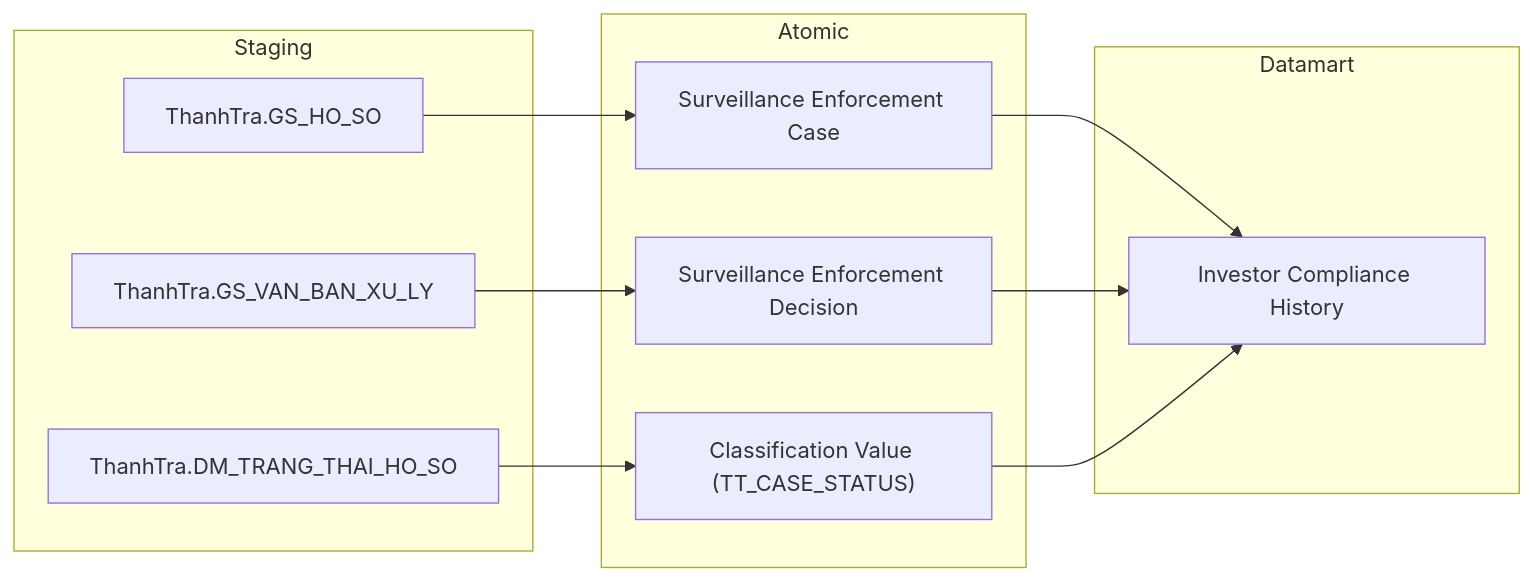
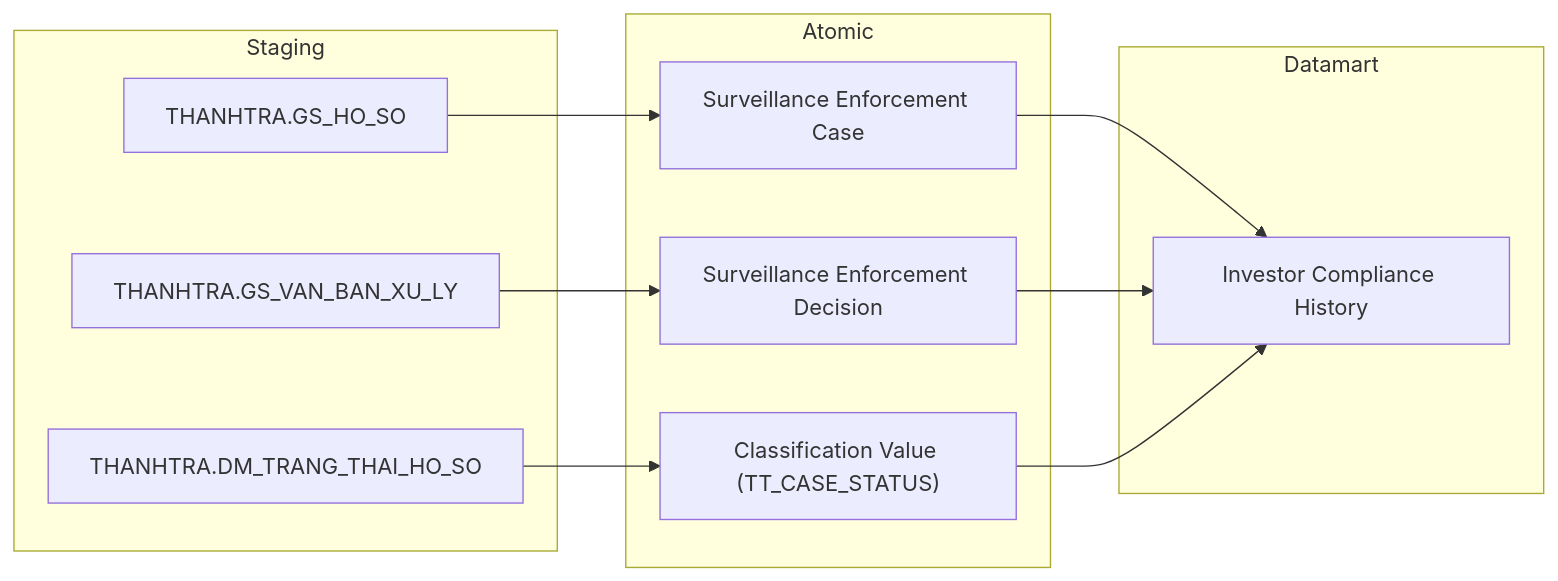
Before and after one commit to linhlvit/ubck_atomic_design: the fourth of 7 diagrams in docs/output/datamart/NDTNN/DTM_NDTNN_PTTK.md, drawn with Mermaid. The commit also changed other lines of this file and 463 other files, not shown here.

````diff
--- a/docs/output/datamart/NDTNN/DTM_NDTNN_PTTK.md
+++ b/docs/output/datamart/NDTNN/DTM_NDTNN_PTTK.md
@@ -166,22 +166,22 @@
 ```mermaid
 flowchart LR
   subgraph Staging
-    ThanhTra_GS_HO_SO["ThanhTra.GS_HO_SO"]
-    ThanhTra_GS_VAN_BAN_XU_LY["ThanhTra.GS_VAN_BAN_XU_LY"]
-    ThanhTra_DM_TRANG_THAI_HO_SO["ThanhTra.DM_TRANG_THAI_HO_SO"]
+    THANHTRA_GS_HO_SO["THANHTRA.GS_HO_SO"]
+    THANHTRA_GS_VAN_BAN_XU_LY["THANHTRA.GS_VAN_BAN_XU_LY"]
+    THANHTRA_DM_TRANG_THAI_HO_SO["THANHTRA.DM_TRANG_THAI_HO_SO"]
   end
   subgraph Atomic
     Surveillance_Enforcement_Case["Surveillance Enforcement Case"]
     Surveillance_Enforcement_Decision["Surveillance Enforcement Decision"]
     Classification_Value_TT_CASE_STATUS["Classification Value (TT_CASE_STATUS)"]
   end
   subgraph Datamart
     ivsr_cmpln_hist["Investor Compliance History"]
   end
-  ThanhTra_GS_HO_SO --> Surveillance_Enforcement_Case
-  ThanhTra_GS_VAN_BAN_XU_LY --> Surveillance_Enforcement_Decision
-  ThanhTra_DM_TRANG_THAI_HO_SO --> Classification_Value_TT_CASE_STATUS
+  THANHTRA_GS_HO_SO --> Surveillance_Enforcement_Case
+  THANHTRA_GS_VAN_BAN_XU_LY --> Surveillance_Enforcement_Decision
+  THANHTRA_DM_TRANG_THAI_HO_SO --> Classification_Value_TT_CASE_STATUS
   Surveillance_Enforcement_Case --> ivsr_cmpln_hist
   Surveillance_Enforcement_Decision --> ivsr_cmpln_hist
   Classification_Value_TT_CASE_STATUS --> ivsr_cmpln_hist
 ```
````
